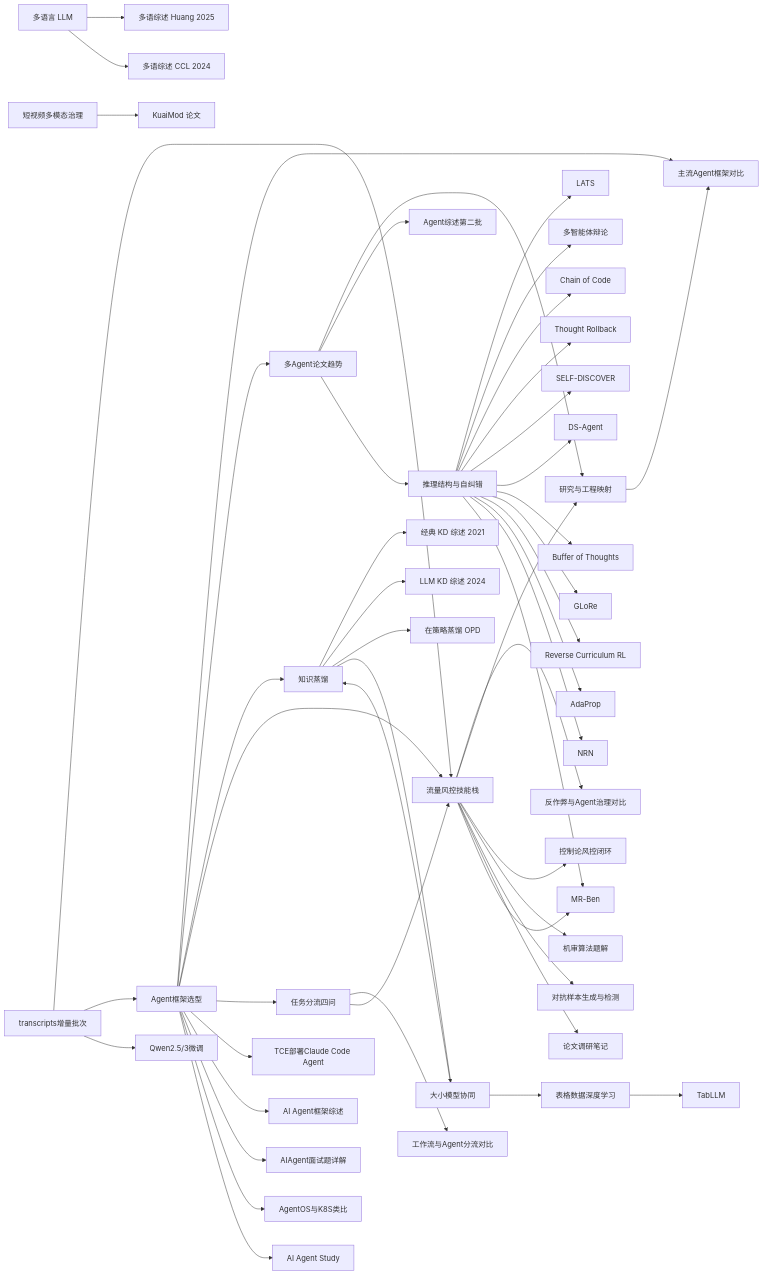
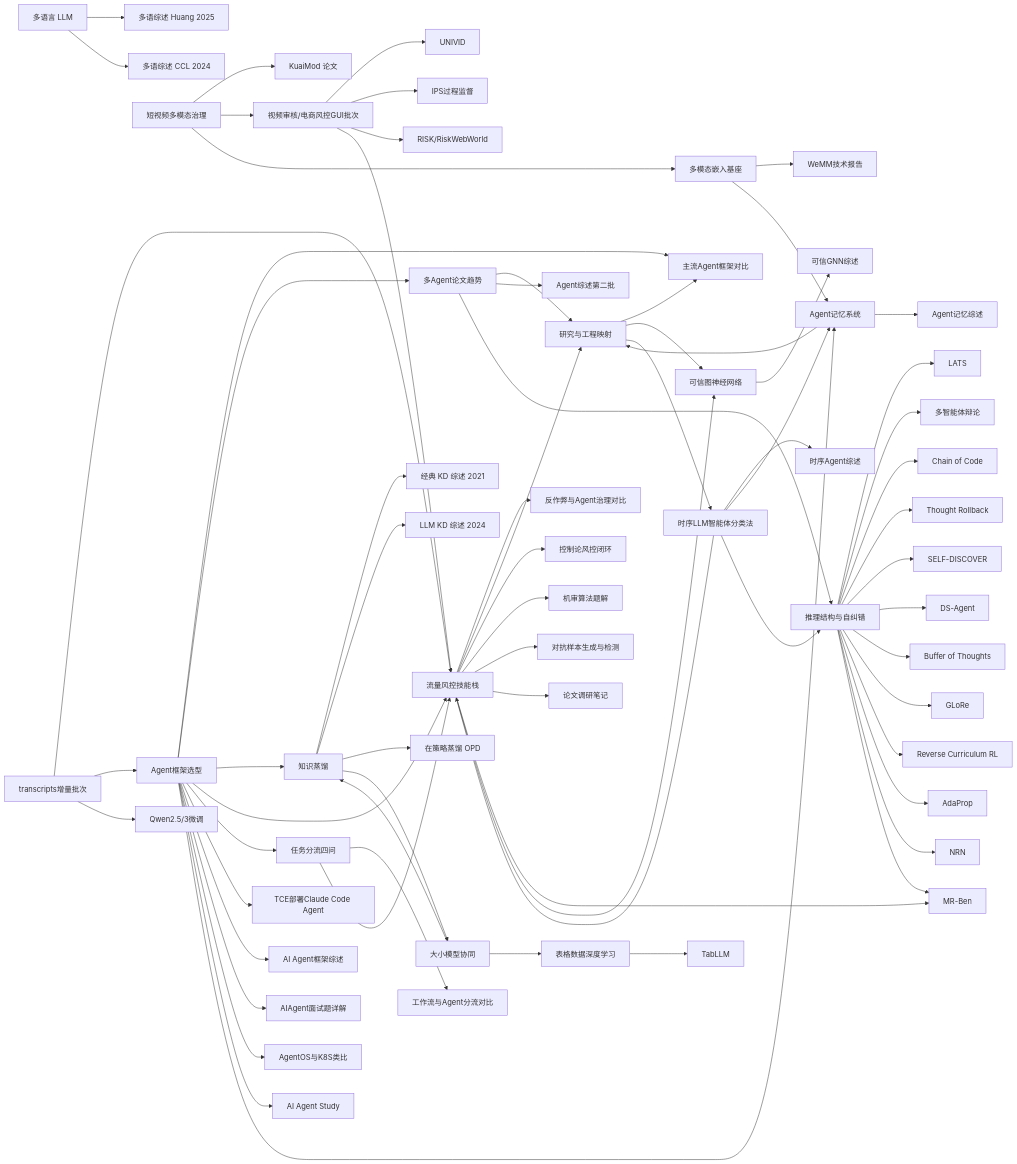
Before and after one commit to yiqingzhangee/llm_wiki: the diagram in wiki/maps/研究主题导航.md, drawn with Mermaid. The commit also changed other lines of this file and 22 other files, not shown here.

````diff
--- a/wiki/maps/研究主题导航.md
+++ b/wiki/maps/研究主题导航.md
@@ -49,6 +49,18 @@
   APN[AdaProp]
   NRNN[NRN]
   MRBN[MR-Ben]
+  TGNN[可信图神经网络]
+  TGNNSrc[可信GNN综述]
+  AgentMem[Agent记忆系统]
+  AgentMemSrc[Agent记忆综述]
+  TSAgent[时序LLM智能体分类法]
+  TSAgentSrc[时序Agent综述]
+  WeMM[多模态嵌入基座]
+  WeMMSrc[WeMM技术报告]
+  VideoModBatch[视频审核/电商风控GUI批次]
+  UNIVID[UNIVID]
+  IPS[IPS过程监督]
+  RISK[RISK/RiskWebWorld]
 
   KD --> KD21
   KD --> KDLLM
@@ -98,4 +110,23 @@
   ReasonStruct --> NRNN
   ReasonStruct --> MRBN
   RiskSkills --> MRBN
+  RiskSkills --> TGNN
+  AgentMap --> TGNN
+  TGNN --> TGNNSrc
+  AgentSel --> AgentMem
+  AgentMem --> AgentMemSrc
+  AgentMem --> AgentMap
+  AgentMap --> TSAgent
+  TSAgent --> TSAgentSrc
+  TSAgent --> AgentMem
+  TSAgent --> ReasonStruct
+  TSAgent --> RiskSkills
+  Gov --> VideoModBatch
+  VideoModBatch --> UNIVID
+  VideoModBatch --> IPS
+  VideoModBatch --> RISK
+  VideoModBatch --> RiskSkills
+  Gov --> WeMM
+  WeMM --> WeMMSrc
+  WeMM --> AgentMem
 ```
````
